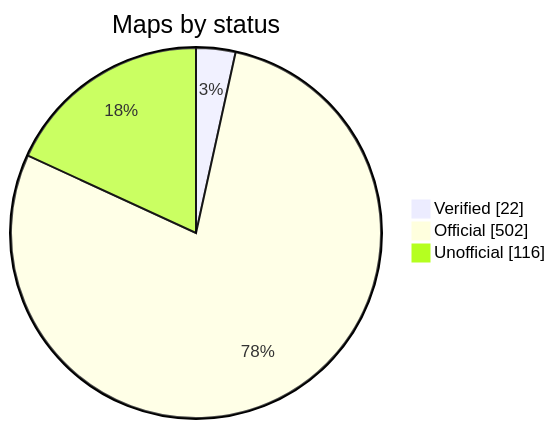
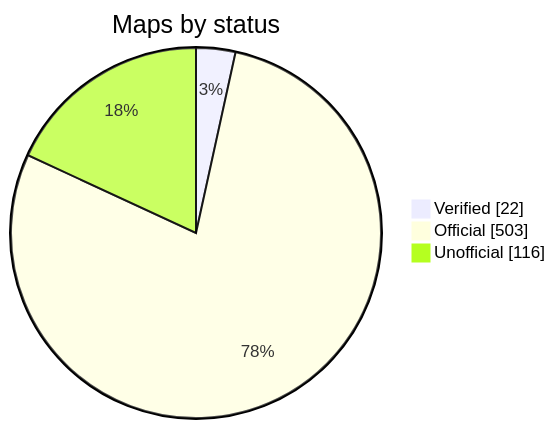
Before and after one commit to nobrega8/mbmap-library: the diagram in README.md, drawn with Mermaid. The commit also changed 6 other files, not shown here.

````diff
--- a/README.md
+++ b/README.md
@@ -52,7 +52,7 @@
 ```mermaid
 pie showData
     title Maps by status
     "Verified" : 22
-    "Official" : 502
+    "Official" : 503
     "Unofficial" : 116
 ```
````
